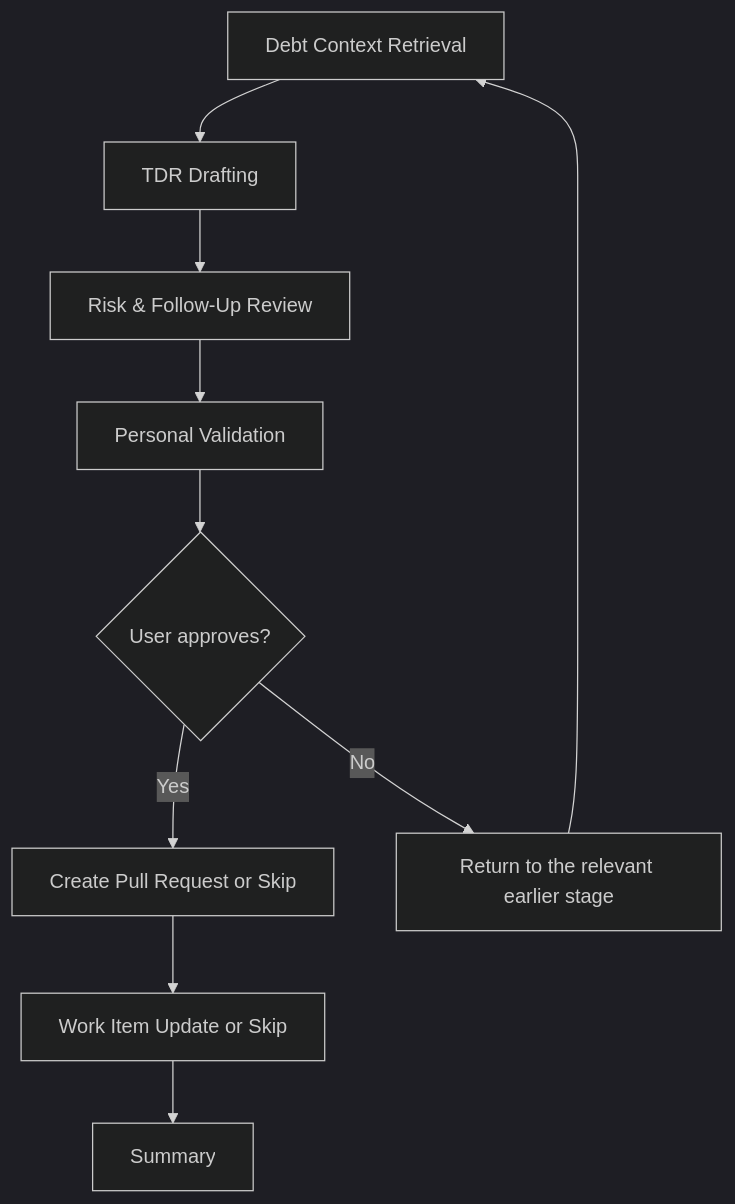
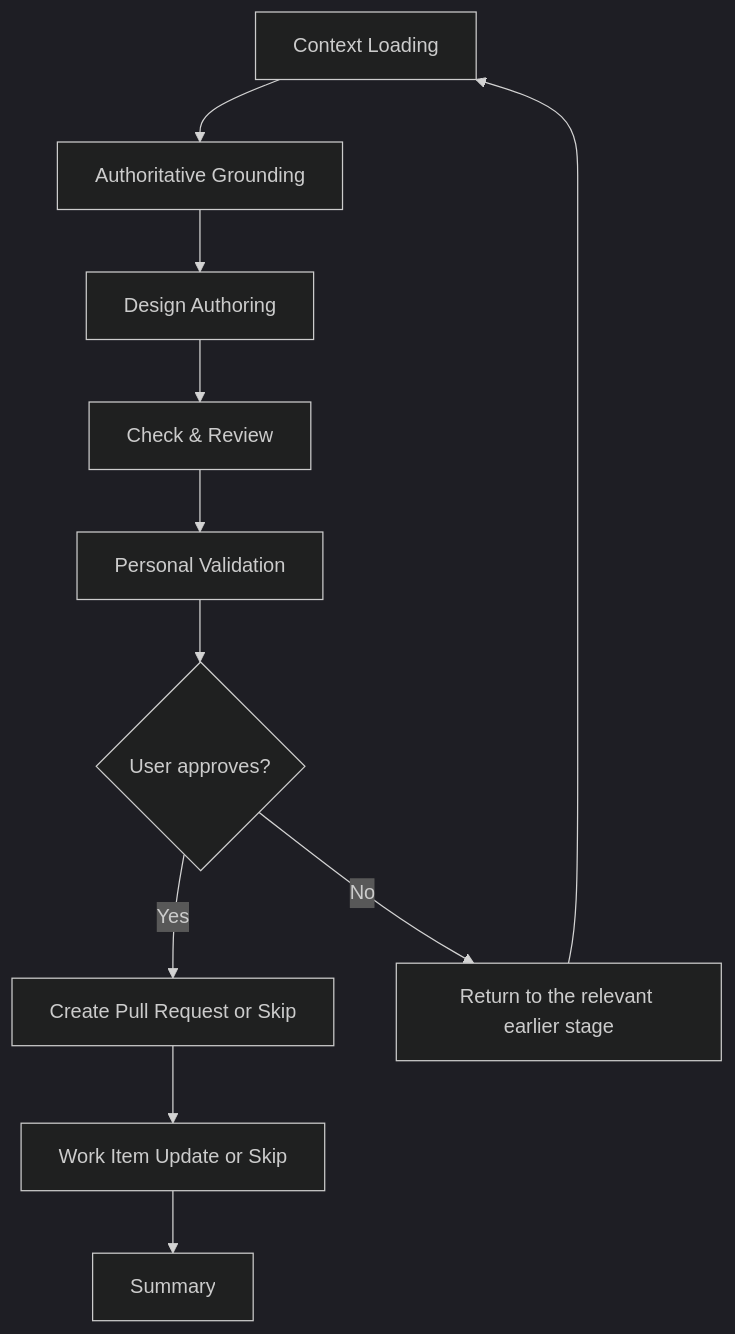
Before and after one commit to JSdotNet/ai-agent-stack: the ninth of 16 diagrams in plugins/delivery/resources/delivery-flow-diagrams.md, drawn with Mermaid (dark theme). The commit also changed other lines of this file and 27 other files, not shown here.

````diff
--- a/plugins/delivery/resources/delivery-flow-diagrams.md
+++ b/plugins/delivery/resources/delivery-flow-diagrams.md
@@ -251,12 +251,13 @@
 ```mermaid
 flowchart TD
-    A["Debt Context Retrieval"] --> B["TDR Drafting"]
-    B --> C["Risk & Follow-Up Review"]
-    C --> D["Personal Validation"]
-    D --> E{User approves?}
-    E -->|Yes| F["Create Pull Request or Skip"]
-    E -->|No| G["Return to the relevant earlier stage"]
-    G --> A
-    F --> U["Work Item Update or Skip"]
-    U --> H["Summary"]
+    A["Context Loading"] --> B["Authoritative Grounding"]
+    B --> C["Design Authoring"]
+    C --> D["Check & Review"]
+    D --> E["Personal Validation"]
+    E --> F{User approves?}
+    F -->|Yes| G["Create Pull Request or Skip"]
+    F -->|No| H["Return to the relevant earlier stage"]
+    H --> A
+    G --> U["Work Item Update or Skip"]
+    U --> I["Summary"]
 ```
````
